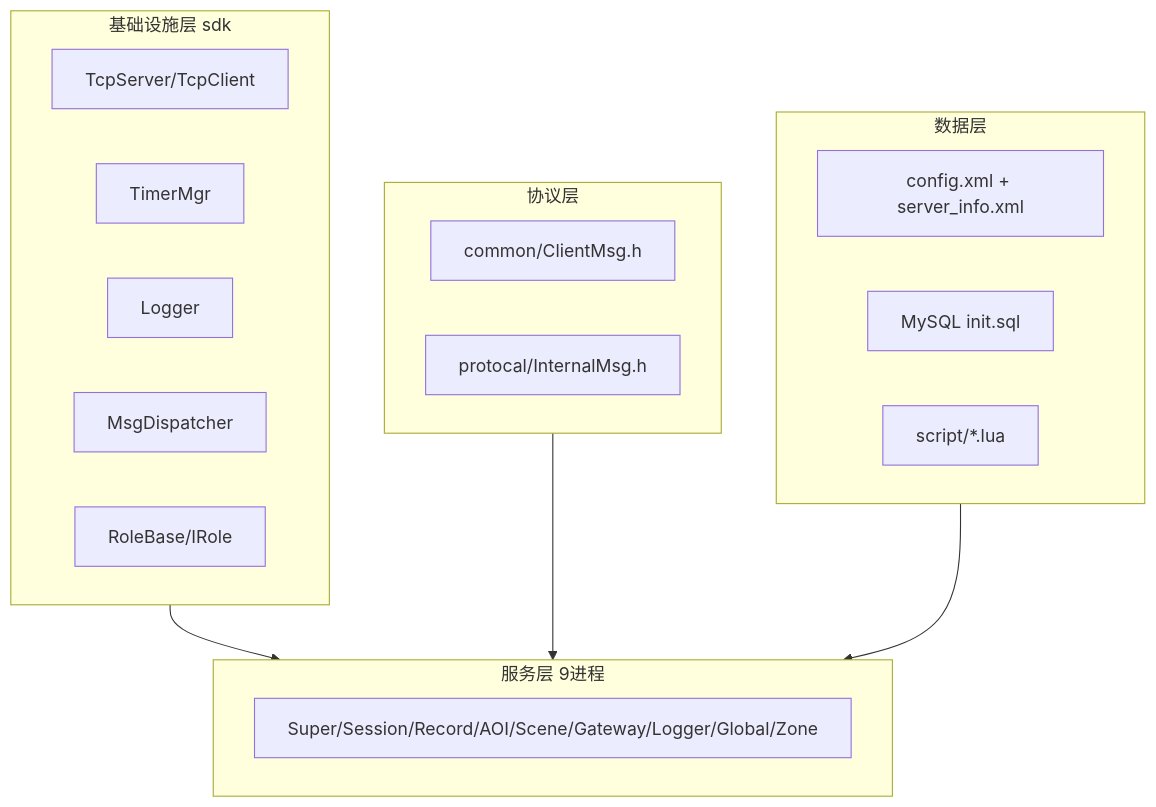
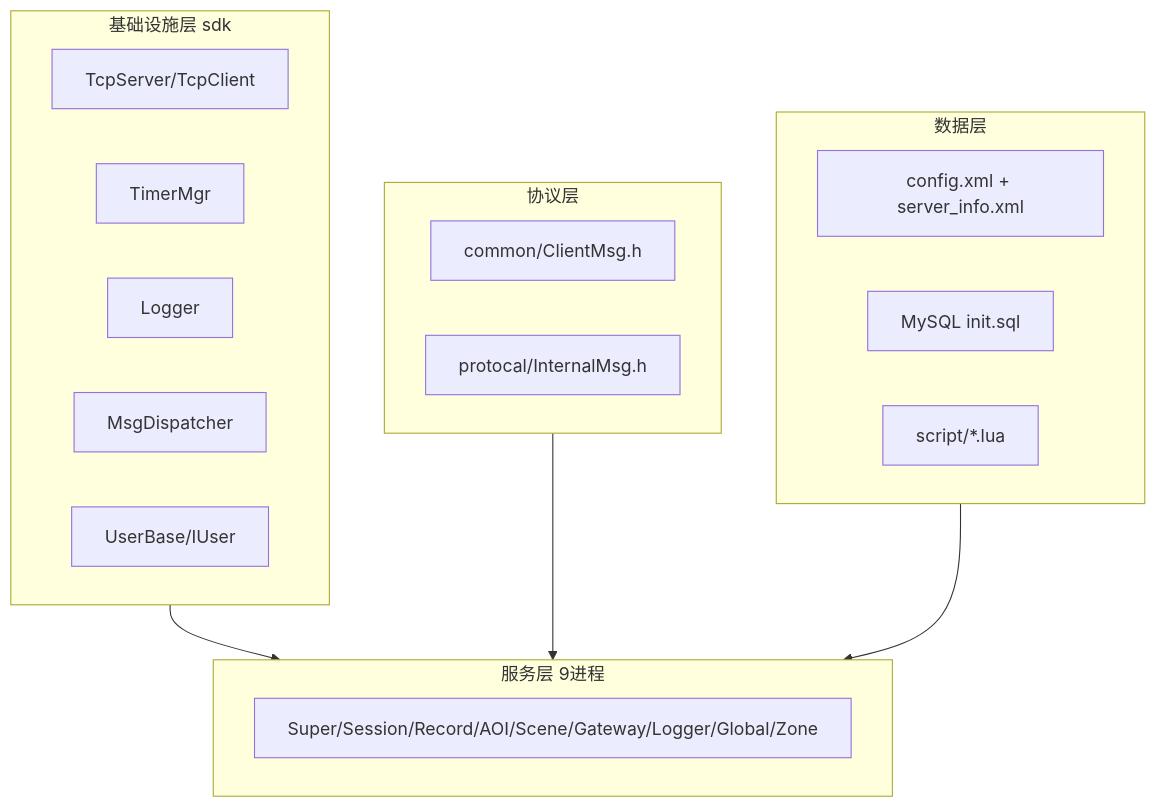
One commit to hechuangguo/RPG_Server changed the fourth of 4 diagrams in docs/ARCHITECTURE.md. Above: the diagram before and after it, drawn with Mermaid. The commit also changed other lines of this file and 47 other files, not shown here.

````diff
--- a/docs/ARCHITECTURE.md
+++ b/docs/ARCHITECTURE.md
@@ -282,29 +282,29 @@
 ```mermaid
 flowchart TB
     subgraph infra [基础设施层 sdk]
         Net[TcpServer/TcpClient]
         Timer[TimerMgr]
         Log[Logger]
         Disp[MsgDispatcher]
-        Role[RoleBase/IRole]
+        User[UserBase/IUser]
     end
 
     subgraph proto [协议层]
         ClientProto[common/ClientMsg.h]
         InternalProto[protocal/InternalMsg.h]
     end
 
     subgraph services [服务层 9进程]
         SVC[Super/Session/Record/AOI/Scene/Gateway/Logger/Global/Zone]
     end
 
     subgraph data [数据层]
         XML[config.xml + server_info.xml]
         SQL[MySQL init.sql]
         LuaScript[script/*.lua]
     end
 
     infra --> services
     proto --> services
     data --> services
 ```
````
